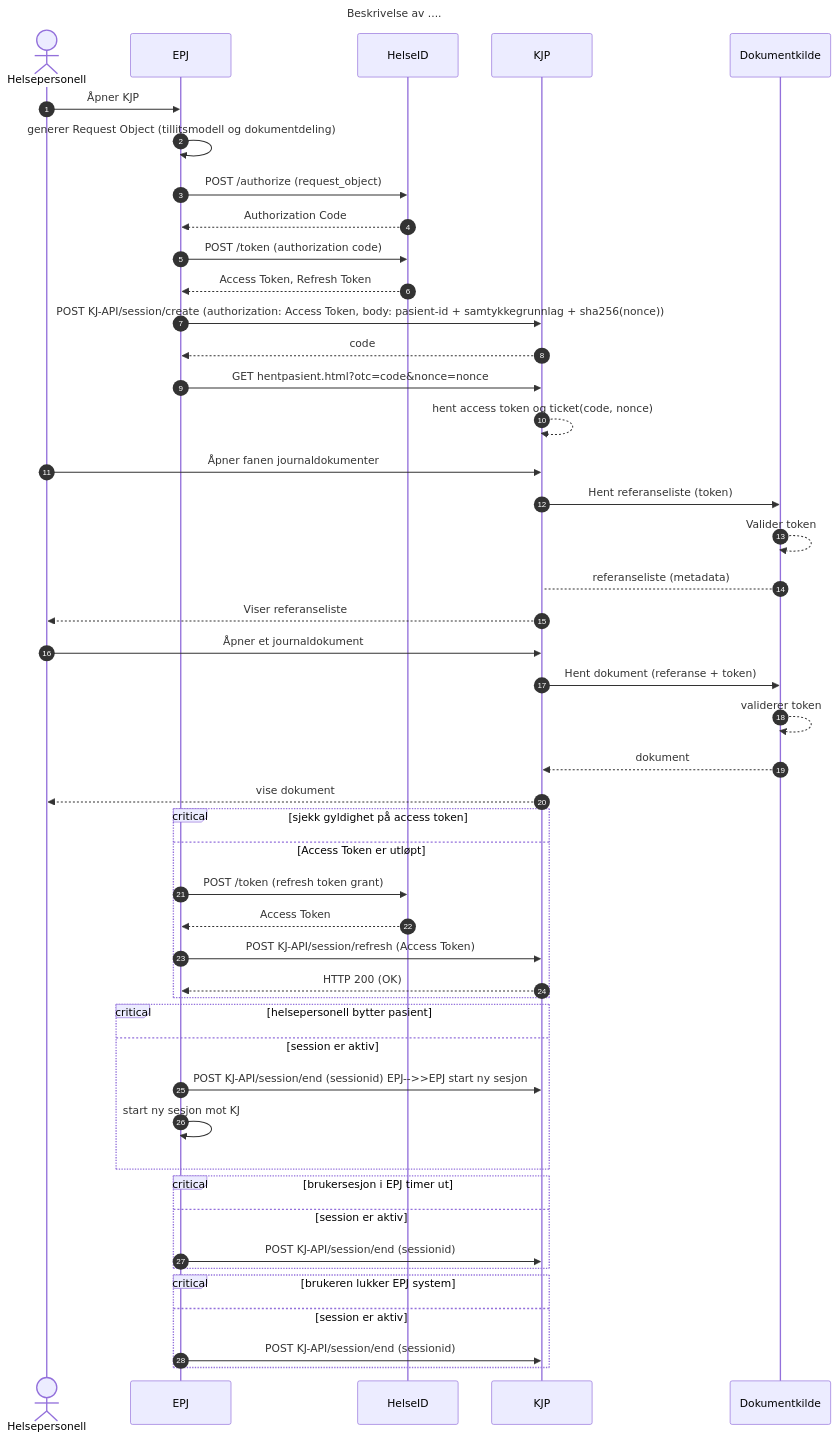
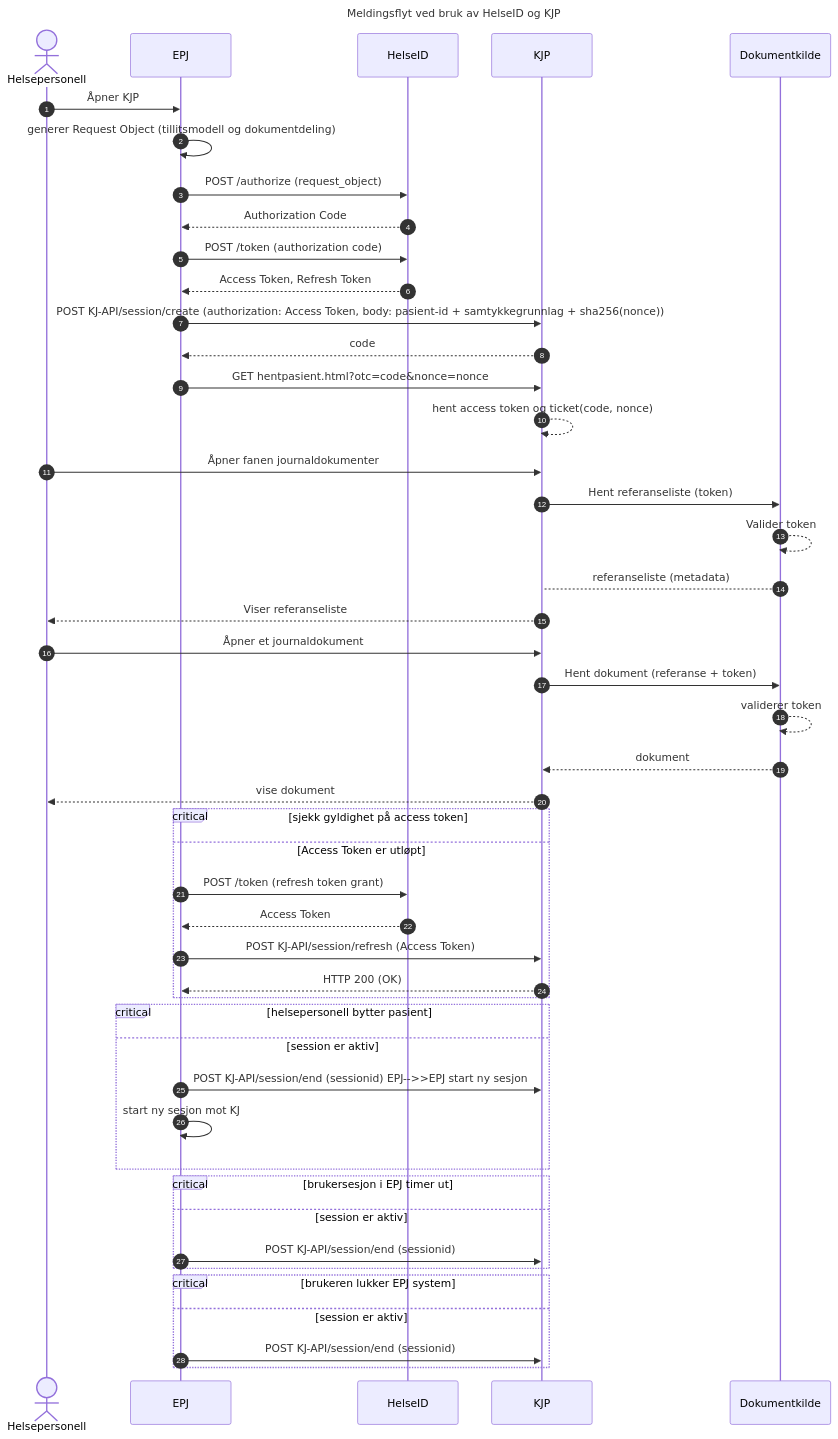
The second of 2 diagrams in specs/dokumentdeling_overordnet_spec.md (NorskHelsenett/Tillitsrammeverk), drawn with Mermaid before and after one commit. The commit also changed other lines of this file, not shown here.

`````diff
--- a/specs/dokumentdeling_overordnet_spec.md
+++ b/specs/dokumentdeling_overordnet_spec.md
@@ -65,59 +89,59 @@
 ````mermaid
 sequenceDiagram 
   autonumber
-  title Beskrivelse av ....
+  title Meldingsflyt ved bruk av HelseID og KJP
   actor HP as Helsepersonell
   participant EPJ
   participant HelseID
   participant KJP
   participant Dokumentkilde
 
   HP->>EPJ: Åpner KJP
   EPJ->>EPJ: generer Request Object (tillitsmodell og dokumentdeling)
   EPJ->>HelseID: POST /authorize (request_object)
   HelseID-->>EPJ: Authorization Code
   EPJ->>HelseID: POST /token (authorization code)
   HelseID-->>EPJ: Access Token, Refresh Token
   EPJ->>KJP: POST KJ-API/session/create (authorization: Access Token, body: pasient-id + samtykkegrunnlag + sha256(nonce))
   KJP-->>EPJ: code
   EPJ->>KJP: GET hentpasient.html?otc=code&nonce=nonce
   KJP-->>KJP: hent access token og ticket(code, nonce)
   HP->>KJP: Åpner fanen journaldokumenter
   KJP->>Dokumentkilde: Hent referanseliste (token)
  
   Dokumentkilde-->>Dokumentkilde: Valider token
   Dokumentkilde-->KJP: referanseliste (metadata)
  
   KJP-->>HP: Viser referanseliste
   HP->>KJP: Åpner et journaldokument
   KJP->>Dokumentkilde: Hent dokument (referanse + token)
   Dokumentkilde-->>Dokumentkilde: validerer token
   Dokumentkilde-->>KJP: dokument
   KJP-->>HP: vise dokument
 
   critical sjekk gyldighet på access token
 
     option Access Token er utløpt
         EPJ->>HelseID: POST /token (refresh token grant)
         HelseID-->>EPJ: Access Token
         EPJ->>KJP: POST KJ-API/session/refresh (Access Token) 
         KJP-->>EPJ: HTTP 200 (OK)
   end
 
   critical helsepersonell bytter pasient
   option session er aktiv
     EPJ->>KJP: POST KJ-API/session/end (sessionid) EPJ-->>EPJ start ny sesjon
     EPJ->>EPJ: start ny sesjon mot KJ
   end
   
   critical brukersesjon i EPJ timer ut
   option session er aktiv
     EPJ->>KJP: POST KJ-API/session/end (sessionid)
   end
 
   critical brukeren lukker EPJ system
   option session er aktiv
     EPJ->>KJP: POST KJ-API/session/end (sessionid)
 
 end 
 ````
`````
